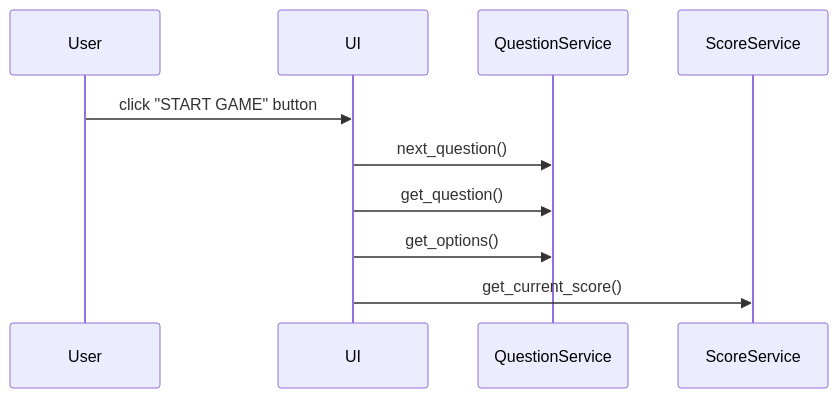
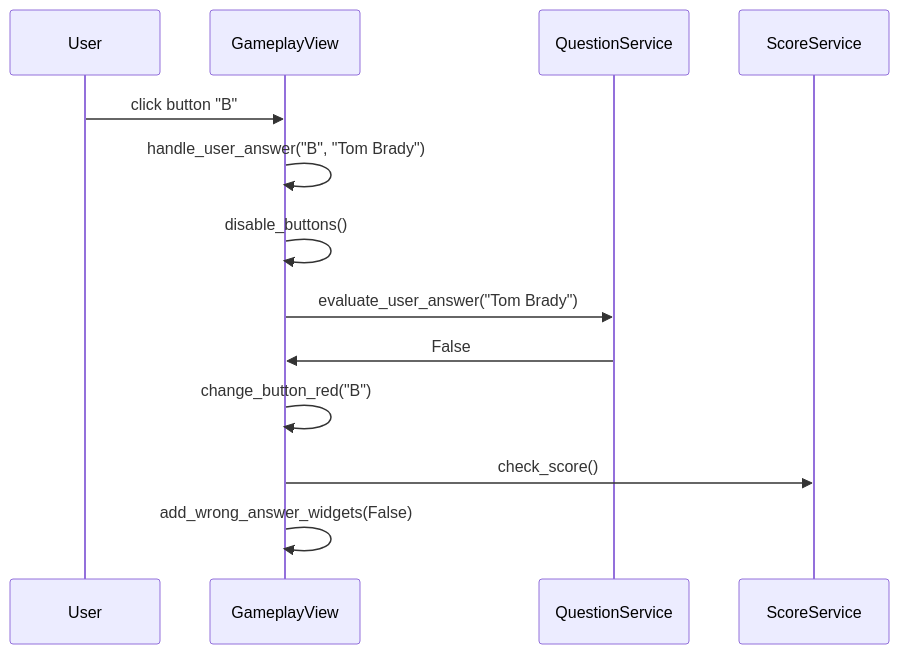
The third of 3 diagrams in dokumentaatio/arkkitehtuuri.md (danieldenial/ot-harjoitus), drawn with Mermaid before and after one commit. The commit also changed other lines of this file and 17 other files, not shown here.

````diff
--- a/dokumentaatio/arkkitehtuuri.md
+++ b/dokumentaatio/arkkitehtuuri.md
@@ -93,12 +135,15 @@
 ```mermaid
 sequenceDiagram
     participant User
-    participant UI
+    participant GameplayView
     participant QuestionService
     participant ScoreService
-    User->>UI: click "START GAME" button
-    UI->>QuestionService: next_question()
-    UI->>QuestionService: get_question()
-    UI->>QuestionService: get_options()
-    UI->>ScoreService: get_current_score()
+    User->>GameplayView: click button "B"
+    GameplayView->>GameplayView: handle_user_answer("B", "Tom Brady")
+    GameplayView->>GameplayView: disable_buttons()
+    GameplayView->>QuestionService: evaluate_user_answer("Tom Brady")
+    QuestionService->>GameplayView: False
+    GameplayView->>GameplayView: change_button_red("B")
+    GameplayView->>ScoreService: check_score()
+    GameplayView->>GameplayView: add_wrong_answer_widgets(False)
 ```
````
